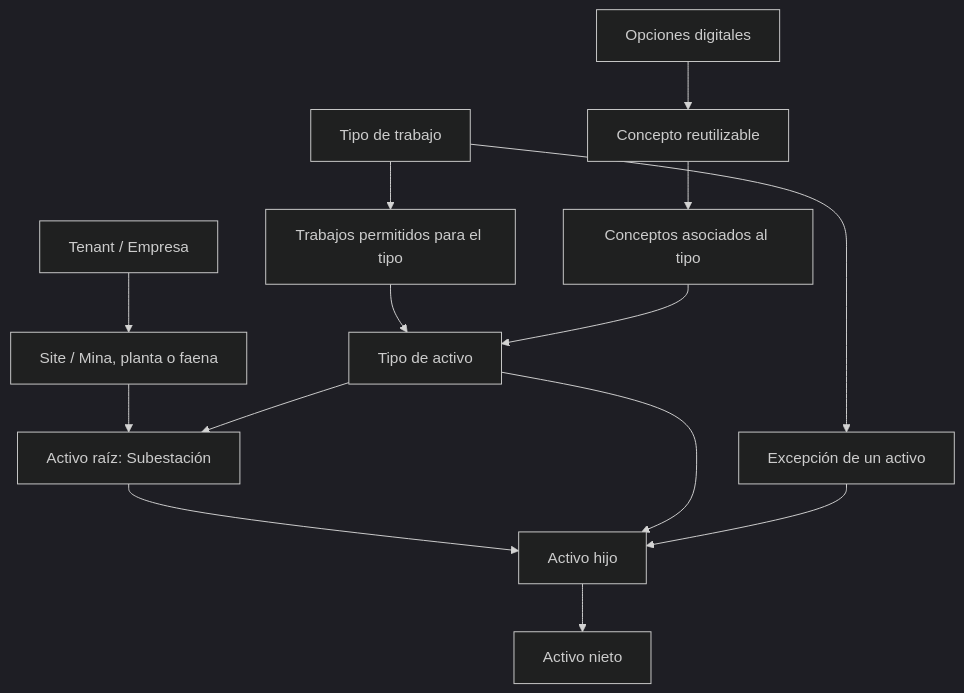
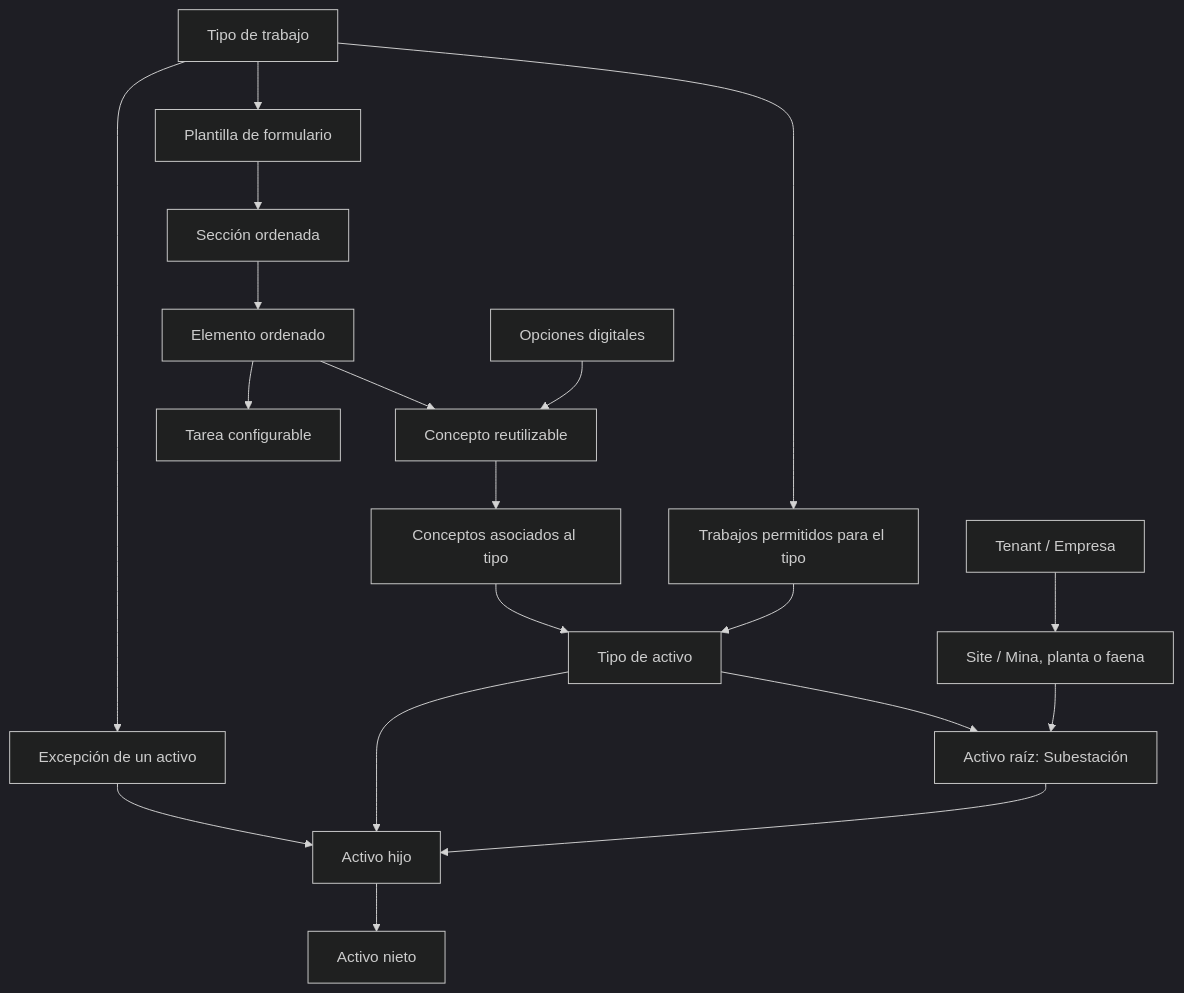
The diagram in docs/INSPECTION_RULES.md (RodrigoSHL/project-manager-nx), drawn with Mermaid (dark theme) before and after one commit. The commit also changed other lines of this file and 14 other files, not shown here.

First line of the commit message:
feat: implement form template catalog context and schema

````diff
--- a/docs/INSPECTION_RULES.md
+++ b/docs/INSPECTION_RULES.md
@@ -20,16 +20,21 @@
 ```mermaid
 flowchart TD
   T[Tenant / Empresa] --> S[Site / Mina, planta o faena]
   S --> A1[Activo raíz: Subestación]
   A1 --> A2[Activo hijo]
   A2 --> A3[Activo nieto]
   AT[Tipo de activo] --> A1
   AT --> A2
   ATWT[Trabajos permitidos para el tipo] --> AT
   WT[Tipo de trabajo] --> ATWT
   AWT[Excepción de un activo] --> A2
   WT --> AWT
   ATC[Conceptos asociados al tipo] --> AT
   C[Concepto reutilizable] --> ATC
   CO[Opciones digitales] --> C
+  WT --> FT[Plantilla de formulario]
+  FT --> FS[Sección ordenada]
+  FS --> FI[Elemento ordenado]
+  FI --> C
+  FI --> TK[Tarea configurable]
 ```
````
